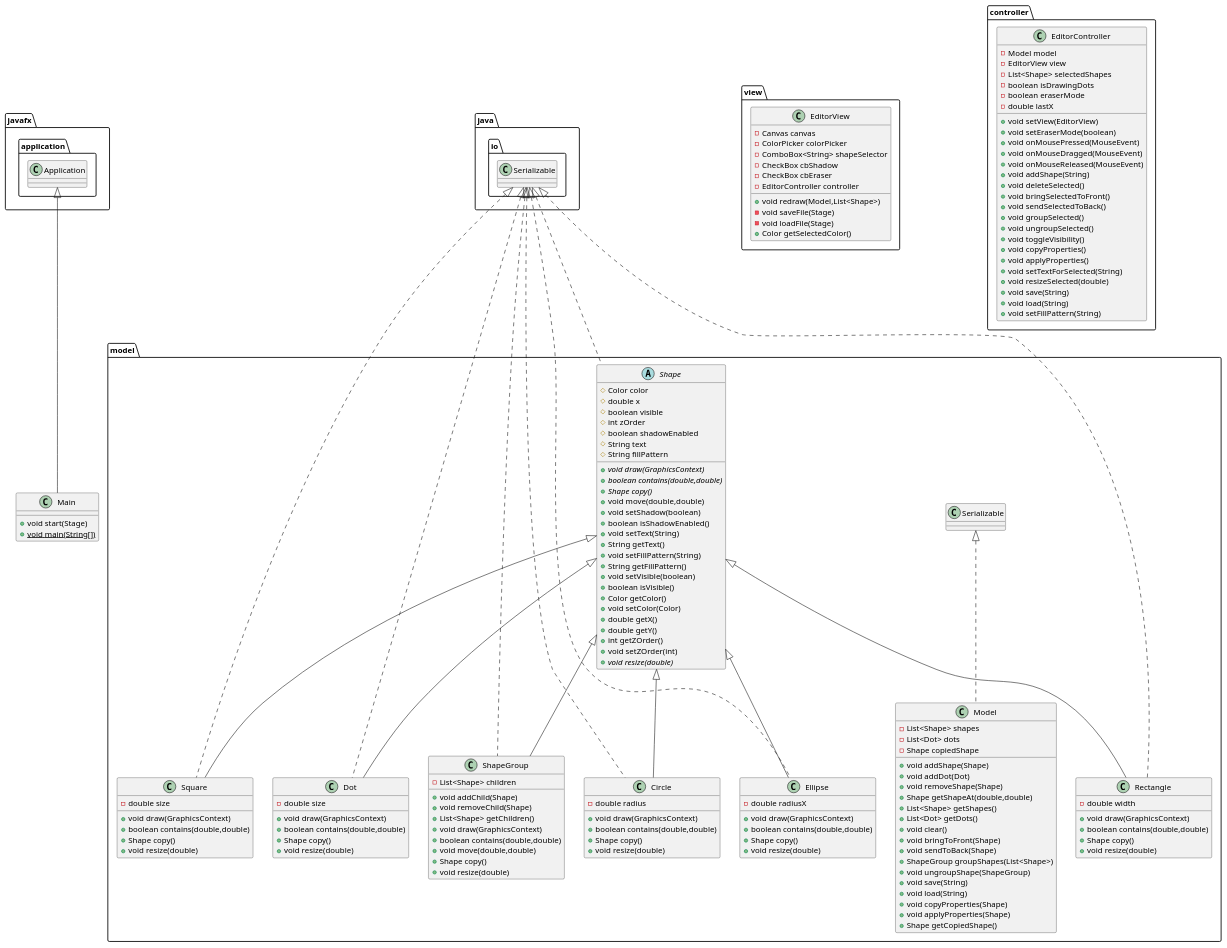
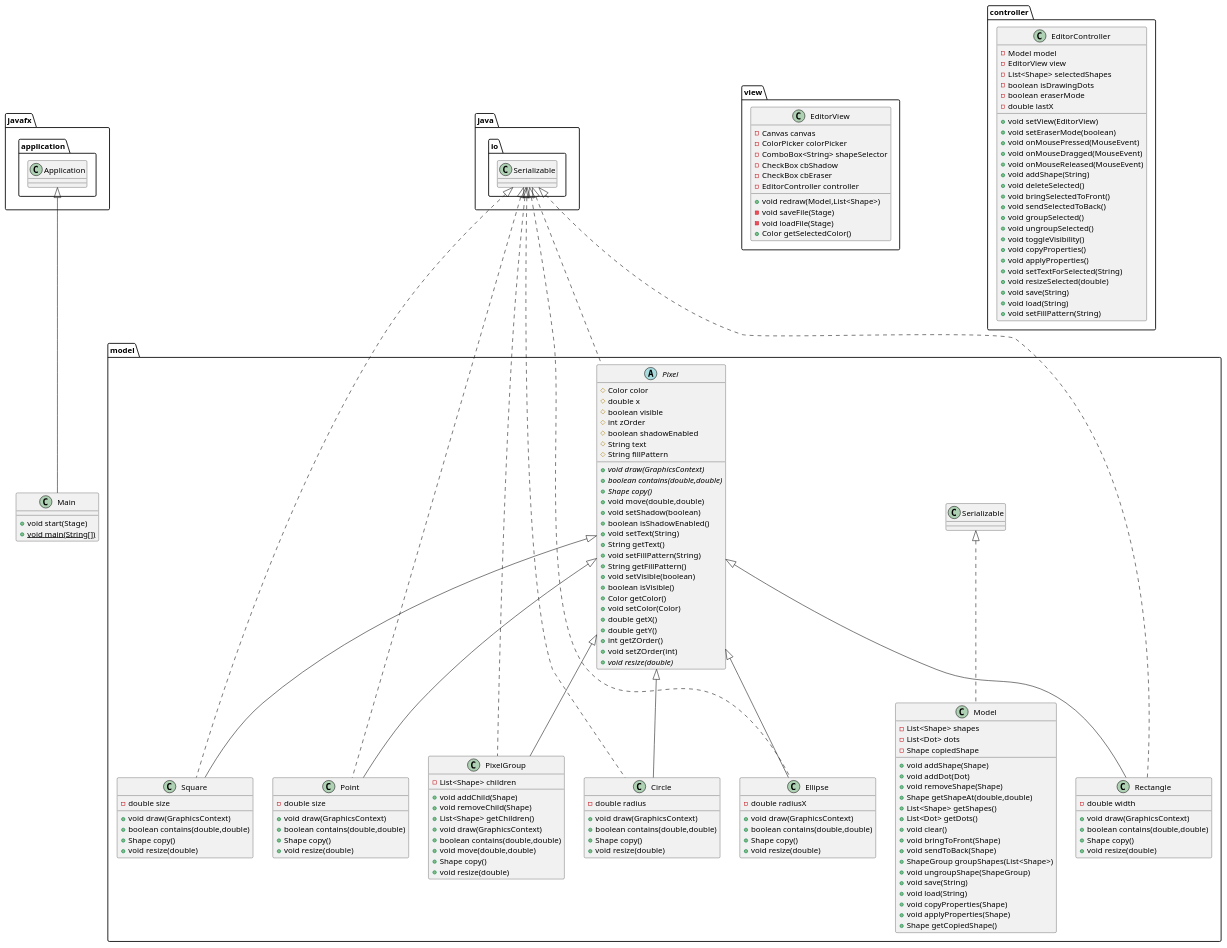
The diagram in test1.puml (Nekit4on/GraphEditor), drawn with PlantUML before and after one commit. The commit also changed 14 other files, not shown here.

```diff
--- a/test1.puml
+++ b/test1.puml
@@ -1,178 +1,178 @@
 @startuml
-class model.ShapeGroup {
+class model.PixelGroup {
 - List<Shape> children
 + void addChild(Shape)
 + void removeChild(Shape)
 + List<Shape> getChildren()
 + void draw(GraphicsContext)
 + boolean contains(double,double)
 + void move(double,double)
 + Shape copy()
 + void resize(double)
 }
 
 
 class view.EditorView {
 - Canvas canvas
 - ColorPicker colorPicker
 - ComboBox<String> shapeSelector
 - CheckBox cbShadow
 - CheckBox cbEraser
 - EditorController controller
 + void redraw(Model,List<Shape>)
 - void saveFile(Stage)
 - void loadFile(Stage)
 + Color getSelectedColor()
 }
 
 
 class model.Circle {
 - double radius
 + void draw(GraphicsContext)
 + boolean contains(double,double)
 + Shape copy()
 + void resize(double)
 }
 
 
 class Main {
 + void start(Stage)
 + {static} void main(String[])
 }
 
 class model.Ellipse {
 - double radiusX
 + void draw(GraphicsContext)
 + boolean contains(double,double)
 + Shape copy()
 + void resize(double)
 }
 
 
 class model.Square {
 - double size
 + void draw(GraphicsContext)
 + boolean contains(double,double)
 + Shape copy()
 + void resize(double)
 }
 
 
 class model.Model {
 - List<Shape> shapes
 - List<Dot> dots
 - Shape copiedShape
 + void addShape(Shape)
 + void addDot(Dot)
 + void removeShape(Shape)
 + Shape getShapeAt(double,double)
 + List<Shape> getShapes()
 + List<Dot> getDots()
 + void clear()
 + void bringToFront(Shape)
 + void sendToBack(Shape)
 + ShapeGroup groupShapes(List<Shape>)
 + void ungroupShape(ShapeGroup)
 + void save(String)
 + void load(String)
 + void copyProperties(Shape)
 + void applyProperties(Shape)
 + Shape getCopiedShape()
 }
 
 
-class model.Dot {
+class model.Point {
 - double size
 + void draw(GraphicsContext)
 + boolean contains(double,double)
 + Shape copy()
 + void resize(double)
 }
 
 
-abstract class model.Shape {
+abstract class model.Pixel {
 # Color color
 # double x
 # boolean visible
 # int zOrder
 # boolean shadowEnabled
 # String text
 # String fillPattern
 + {abstract}void draw(GraphicsContext)
 + {abstract}boolean contains(double,double)
 + {abstract}Shape copy()
 + void move(double,double)
 + void setShadow(boolean)
 + boolean isShadowEnabled()
 + void setText(String)
 + String getText()
 + void setFillPattern(String)
 + String getFillPattern()
 + void setVisible(boolean)
 + boolean isVisible()
 + Color getColor()
 + void setColor(Color)
 + double getX()
 + double getY()
 + int getZOrder()
 + void setZOrder(int)
 + {abstract}void resize(double)
 }
 
 
 class controller.EditorController {
 - Model model
 - EditorView view
 - List<Shape> selectedShapes
 - boolean isDrawingDots
 - boolean eraserMode
 - double lastX
 + void setView(EditorView)
 + void setEraserMode(boolean)
 + void onMousePressed(MouseEvent)
 + void onMouseDragged(MouseEvent)
 + void onMouseReleased(MouseEvent)
 + void addShape(String)
 + void deleteSelected()
 + void bringSelectedToFront()
 + void sendSelectedToBack()
 + void groupSelected()
 + void ungroupSelected()
 + void toggleVisibility()
 + void copyProperties()
 + void applyProperties()
 + void setTextForSelected(String)
 + void resizeSelected(double)
 + void save(String)
 + void load(String)
 + void setFillPattern(String)
 }
 
 
 class model.Rectangle {
 - double width
 + void draw(GraphicsContext)
 + boolean contains(double,double)
 + Shape copy()
 + void resize(double)
 }
 
 
 
 
-java.io.Serializable <|.. model.ShapeGroup
-model.Shape <|-- model.ShapeGroup
+java.io.Serializable <|.. model.PixelGroup
+model.Pixel <|-- model.PixelGroup
 java.io.Serializable <|.. model.Circle
-model.Shape <|-- model.Circle
+model.Pixel <|-- model.Circle
 javafx.application.Application <|-- Main
 java.io.Serializable <|.. model.Ellipse
-model.Shape <|-- model.Ellipse
+model.Pixel <|-- model.Ellipse
 java.io.Serializable <|.. model.Square
-model.Shape <|-- model.Square
+model.Pixel <|-- model.Square
 model.Serializable <|.. model.Model
-java.io.Serializable <|.. model.Dot
-model.Shape <|-- model.Dot
-java.io.Serializable <|.. model.Shape
+java.io.Serializable <|.. model.Point
+model.Pixel <|-- model.Point
+java.io.Serializable <|.. model.Pixel
 java.io.Serializable <|.. model.Rectangle
-model.Shape <|-- model.Rectangle
+model.Pixel <|-- model.Rectangle
 @enduml
```
